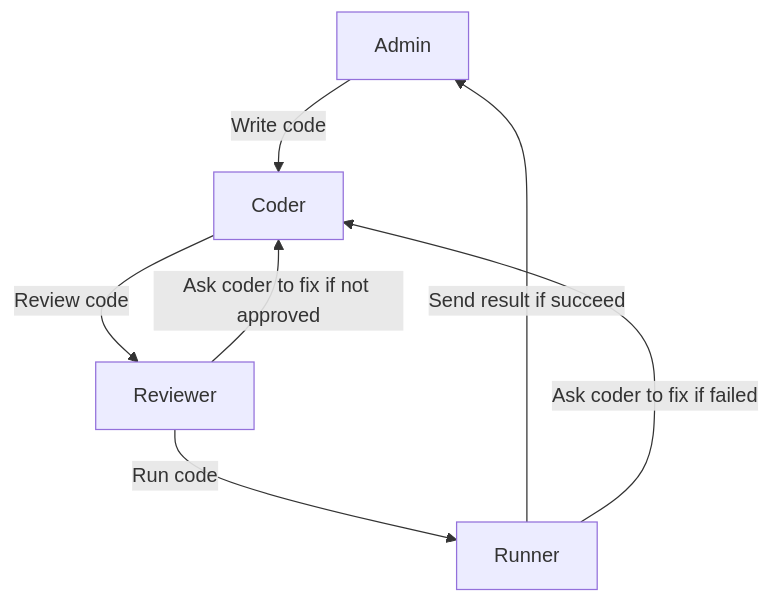
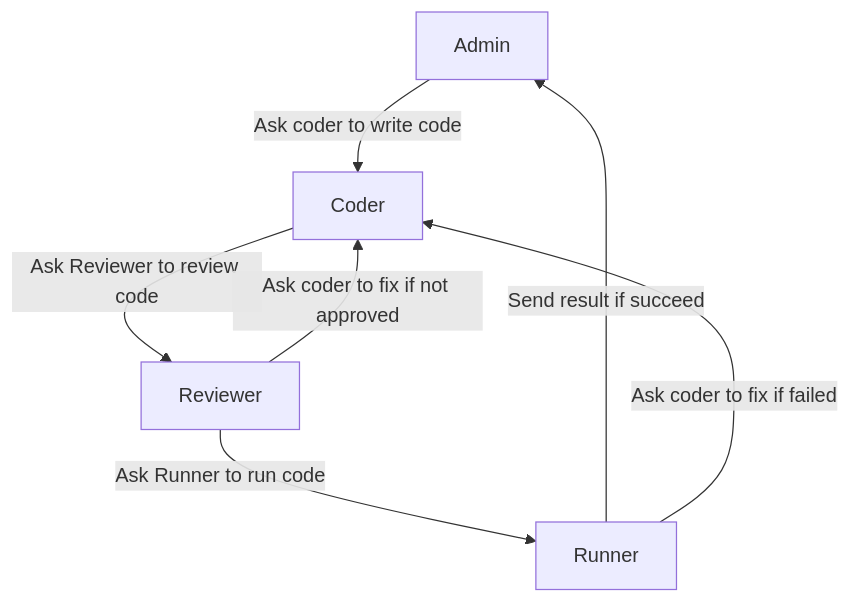
The diagram in dotnet/website/articles/Use-workflow-in-group-chat.md (microsoft/autogen), drawn with Mermaid before and after one commit. The commit also changed other lines of this file and 11 other files, not shown here.

````diff
--- a/dotnet/website/articles/Use-workflow-in-group-chat.md
+++ b/dotnet/website/articles/Use-workflow-in-group-chat.md
@@ -3,9 +3,9 @@
 ```mermaid
 flowchart TD
-    A[Admin] -->|Write code| B[Coder]
-    B -->|Review code| C[Reviewer]
-    C -->|Run code| D[Runner]
+    A[Admin] -->|Ask coder to write code| B[Coder]
+    B -->|Ask Reviewer to review code| C[Reviewer]
+    C -->|Ask Runner to run code| D[Runner]
     D -->|Send result if succeed| A[Admin]
     D -->|Ask coder to fix if failed| B[Coder]
     C -->|Ask coder to fix if not approved| B[Coder]
 ```
````
